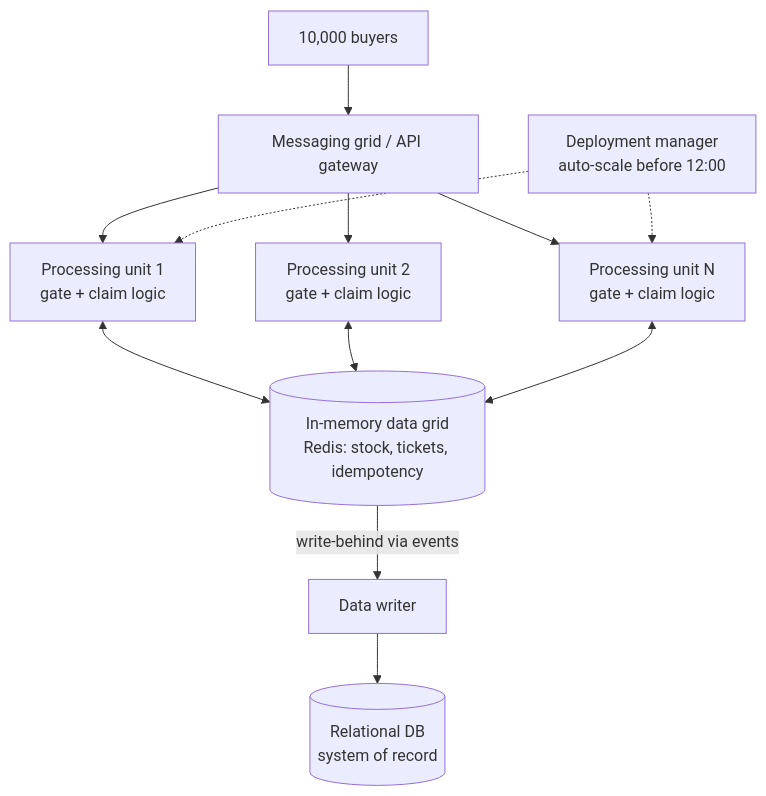
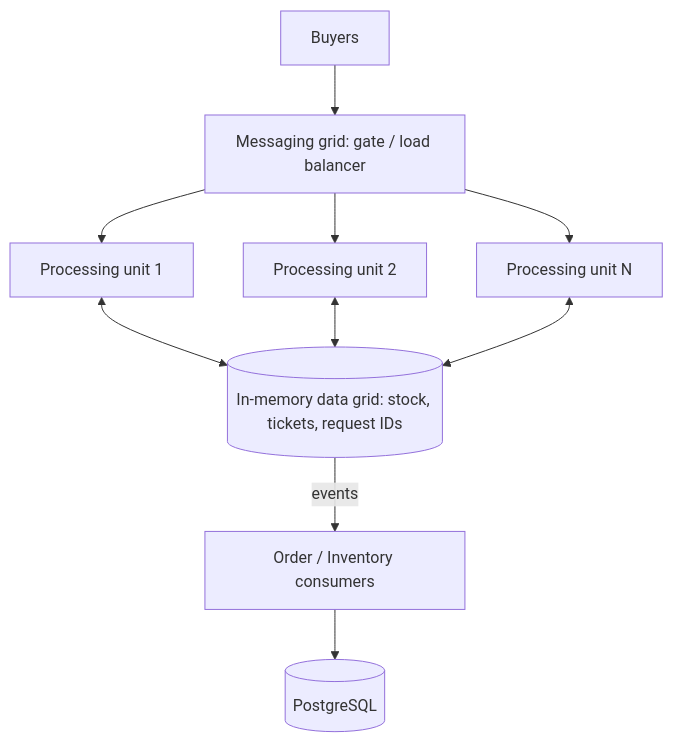
One commit to Iffrah992/Advanced-software-architecture-patterns changed the eighth of 9 diagrams in architecture-patterns.md. Above: the diagram before and after it, drawn with Mermaid. The commit also changed other lines of this file, not shown here.

````diff
--- a/architecture-patterns.md
+++ b/architecture-patterns.md
@@ -418,14 +363,12 @@
 ```mermaid
 flowchart TB
-    B[10,000 buyers] --> MG[Messaging grid / API gateway]
-    MG --> PU1[Processing unit 1<br/>gate + claim logic]
-    MG --> PU2[Processing unit 2<br/>gate + claim logic]
-    MG --> PU3[Processing unit N<br/>gate + claim logic]
-    PU1 <--> DG[(In-memory data grid<br/>Redis: stock, tickets, idempotency)]
+    B[Buyers] --> MG[Messaging grid: gate / load balancer]
+    MG --> PU1[Processing unit 1]
+    MG --> PU2[Processing unit 2]
+    MG --> PU3[Processing unit N]
+    PU1 <--> DG[(In-memory data grid: stock, tickets, request IDs)]
     PU2 <--> DG
     PU3 <--> DG
-    DG -- write-behind via events --> W[Data writer]
-    W --> DB[(Relational DB<br/>system of record)]
-    DM[Deployment manager<br/>auto-scale before 12:00] -.-> PU1
-    DM -.-> PU3
+    DG -- events --> W[Order / Inventory consumers]
+    W --> DB[(PostgreSQL)]
 ```
````
